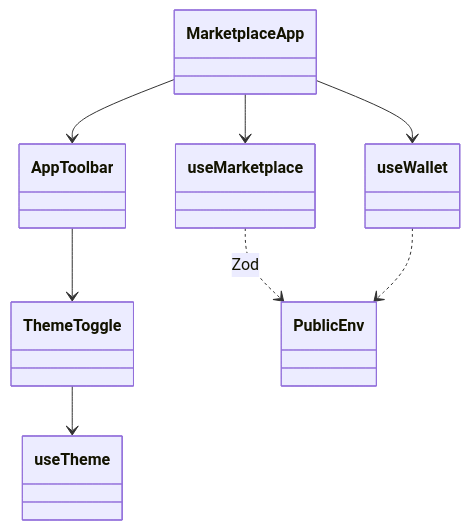
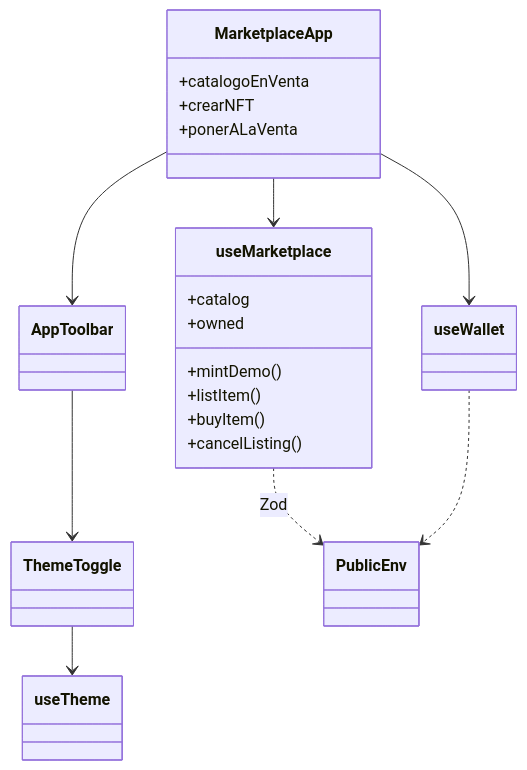
One commit to rastrahm/nft-marketplace changed the third of 3 diagrams in doc/diagrama-clases.md. Above: the diagram before and after it, drawn with Mermaid. The commit also changed other lines of this file and 17 other files, not shown here.

````diff
--- a/doc/diagrama-clases.md
+++ b/doc/diagrama-clases.md
@@ -112,19 +112,30 @@
 ```mermaid
 classDiagram
     direction TB
-    class MarketplaceApp
+    class MarketplaceApp {
+      +catalogoEnVenta
+      +crearNFT
+      +ponerALaVenta
+    }
     class AppToolbar
     class ThemeToggle
-    class useMarketplace
+    class useMarketplace {
+      +catalog
+      +owned
+      +mintDemo()
+      +listItem()
+      +buyItem()
+      +cancelListing()
+    }
     class useWallet
     class useTheme
     class PublicEnv
 
     MarketplaceApp --> AppToolbar
     MarketplaceApp --> useWallet
     MarketplaceApp --> useMarketplace
     AppToolbar --> ThemeToggle
     ThemeToggle --> useTheme
     useMarketplace ..> PublicEnv : Zod
     useWallet ..> PublicEnv
 ```
````
